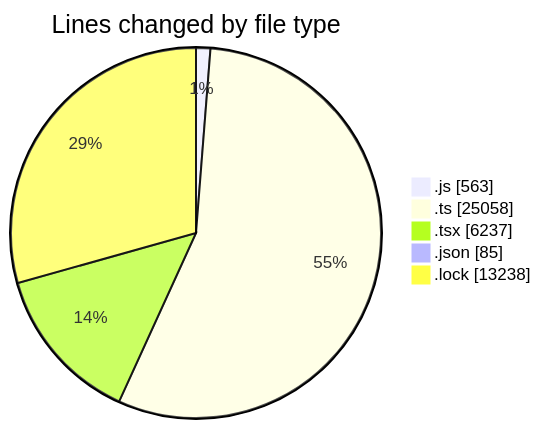
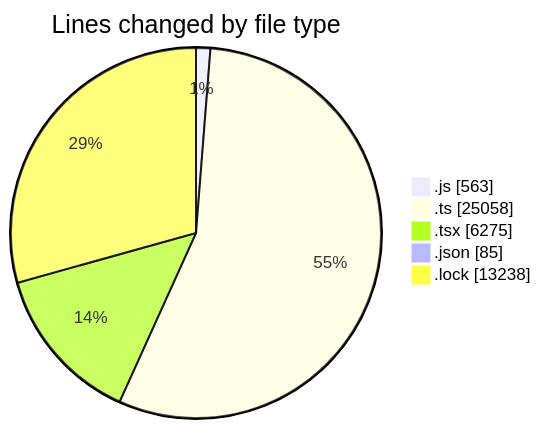
The first of 2 diagrams in 2025-11-14/cda/README.md (momahboobian/code-tracking), drawn with Mermaid before and after one commit. The commit also changed other lines of this file and 1 other file, not shown here.

````diff
--- a/2025-11-14/cda/README.md
+++ b/2025-11-14/cda/README.md
@@ -45,9 +45,9 @@
 ```mermaid
 pie showData
 title Lines changed by file type
 ".js" : 563
 ".ts" : 25058
-".tsx" : 6237
+".tsx" : 6275
 ".json" : 85
 ".lock" : 13238
 ```
````
